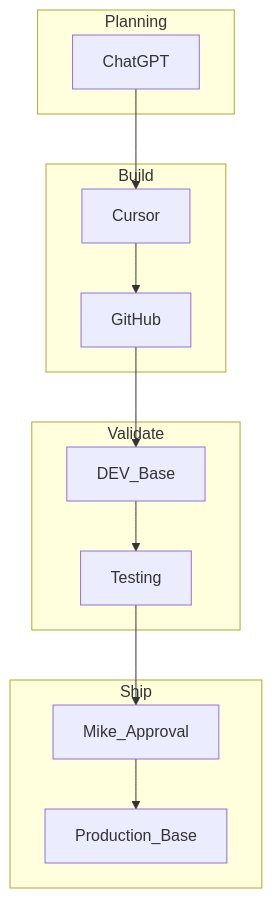
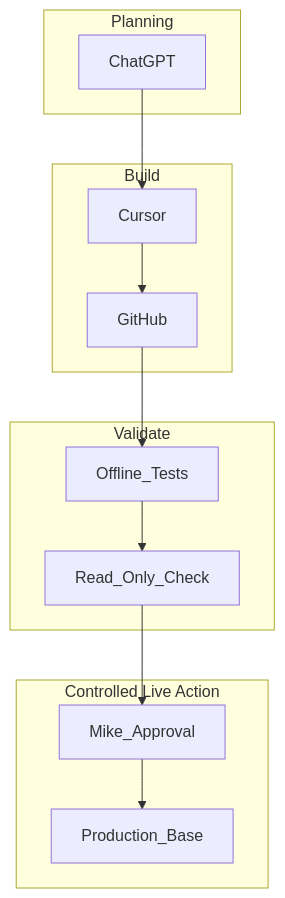
The third of 3 diagrams in docs/v2/04-ai-development-standards.md (Schmidt127/127-si-shooting-challenge), drawn with Mermaid before and after one commit. The commit also changed other lines of this file and 397 other files, not shown here.

````diff
--- a/docs/v2/04-ai-development-standards.md
+++ b/docs/v2/04-ai-development-standards.md
@@ -149,25 +149,25 @@
 ```mermaid
 flowchart TB
     subgraph plan [Planning]
         ChatGPT[ChatGPT]
     end
     subgraph build [Build]
         Cursor[Cursor]
         GitHub[GitHub]
     end
     subgraph validate [Validate]
-        DEV[DEV_Base]
-        Testing[Testing]
+        Testing[Offline_Tests]
+        ReadOnly[Read_Only_Check]
     end
-    subgraph ship [Ship]
+    subgraph ship [Controlled Live Action]
         Approval[Mike_Approval]
         Prod[Production_Base]
     end
 
     ChatGPT --> Cursor
     Cursor --> GitHub
-    GitHub --> DEV
-    DEV --> Testing
-    Testing --> Approval
+    GitHub --> Testing
+    Testing --> ReadOnly
+    ReadOnly --> Approval
     Approval --> Prod
 ```
````
